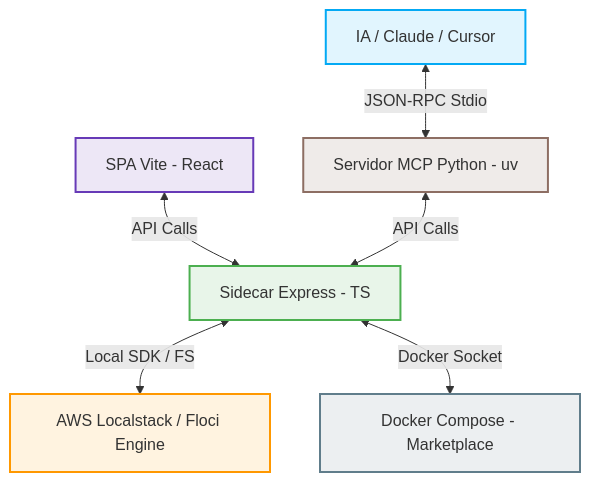
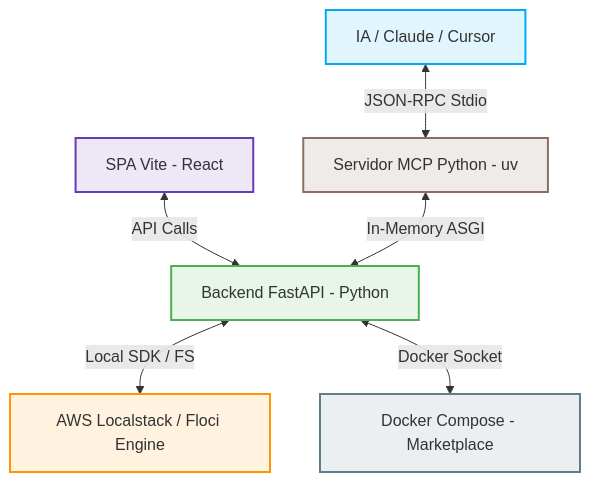
One commit to pmaojo/floci-studio changed the diagram in README.md. Above: the diagram before and after it, drawn with Mermaid. The commit also changed other lines of this file and 3 other files, not shown here.

First line of the commit message:
docs: Update architecture documentation to reflect FastAPI backend

````diff
--- a/README.md
+++ b/README.md
@@ -11,17 +11,17 @@
 ```mermaid
 graph TD
     %% Componentes
     LLM[IA / Claude / Cursor] <-->|JSON-RPC Stdio| MCP[Servidor MCP Python - uv]
-    SPA[SPA Vite - React] <-->|API Calls| Sidecar[Sidecar Express - TS]
-    MCP <-->|API Calls| Sidecar
-    Sidecar <-->|Local SDK / FS| LocalStack[AWS Localstack / Floci Engine]
-    Sidecar <-->|Docker Socket| DockerMarket[Docker Compose - Marketplace]
+    SPA[SPA Vite - React] <-->|API Calls| Backend[Backend FastAPI - Python]
+    MCP <-->|In-Memory ASGI| Backend
+    Backend <-->|Local SDK / FS| LocalStack[AWS Localstack / Floci Engine]
+    Backend <-->|Docker Socket| DockerMarket[Docker Compose - Marketplace]
 
     %% Estilos
     style LLM fill:#e1f5fe,stroke:#03a9f4,stroke-width:2px
     style MCP fill:#efebe9,stroke:#8d6e63,stroke-width:2px
     style SPA fill:#ede7f6,stroke:#673ab7,stroke-width:2px
-    style Sidecar fill:#e8f5e9,stroke:#4caf50,stroke-width:2px
+    style Backend fill:#e8f5e9,stroke:#4caf50,stroke-width:2px
     style LocalStack fill:#fff3e0,stroke:#ff9800,stroke-width:2px
     style DockerMarket fill:#eceff1,stroke:#607d8b,stroke-width:2px
 ```
````
